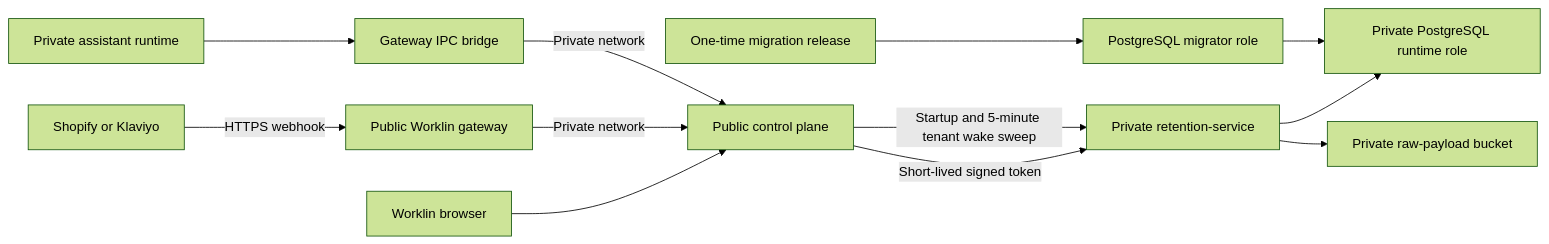
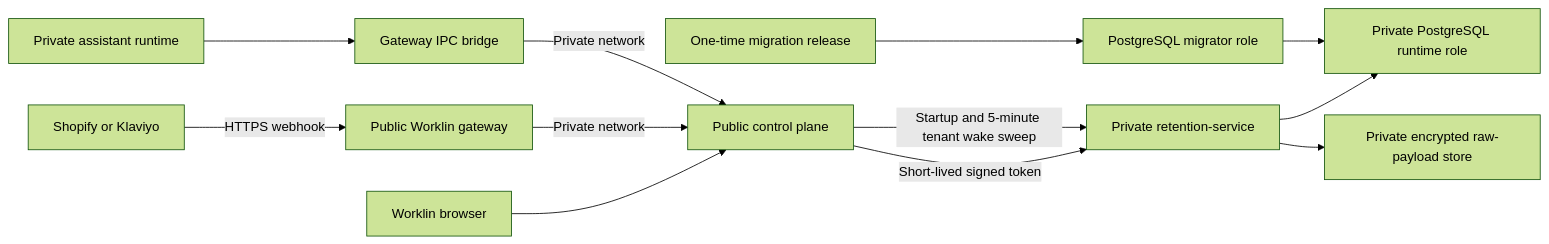
Before and after one commit to Logarn/Worklin-ai: the diagram in docs/retention-service-production-runbook.md, drawn with Mermaid (forest theme). The commit also changed other lines of this file and 35 other files, not shown here.

````diff
--- a/docs/retention-service-production-runbook.md
+++ b/docs/retention-service-production-runbook.md
@@ -34,14 +34,14 @@
 ```mermaid
 flowchart LR
   Provider["Shopify or Klaviyo"] -->|HTTPS webhook| Gateway["Public Worklin gateway"]
   Browser["Worklin browser"] --> ControlPlane["Public control plane"]
   Assistant["Private assistant runtime"] --> GatewayIPC["Gateway IPC bridge"]
   Gateway -->|Private network| ControlPlane
   GatewayIPC -->|Private network| ControlPlane
   ControlPlane -->|Short-lived signed token| Retention["Private retention-service"]
   ControlPlane -->|Startup and 5-minute tenant wake sweep| Retention
   Retention --> RuntimeDB["Private PostgreSQL runtime role"]
   Migrator["One-time migration release"] --> MigratorDB["PostgreSQL migrator role"]
-  Retention --> Bucket["Private raw-payload bucket"]
+  Retention --> PayloadStore["Private encrypted raw-payload store"]
   MigratorDB --> RuntimeDB
 ```
````
